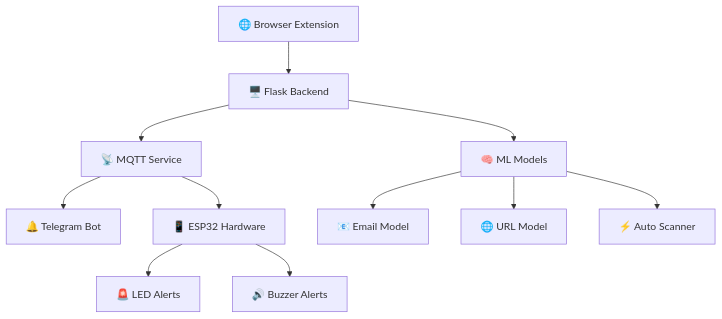
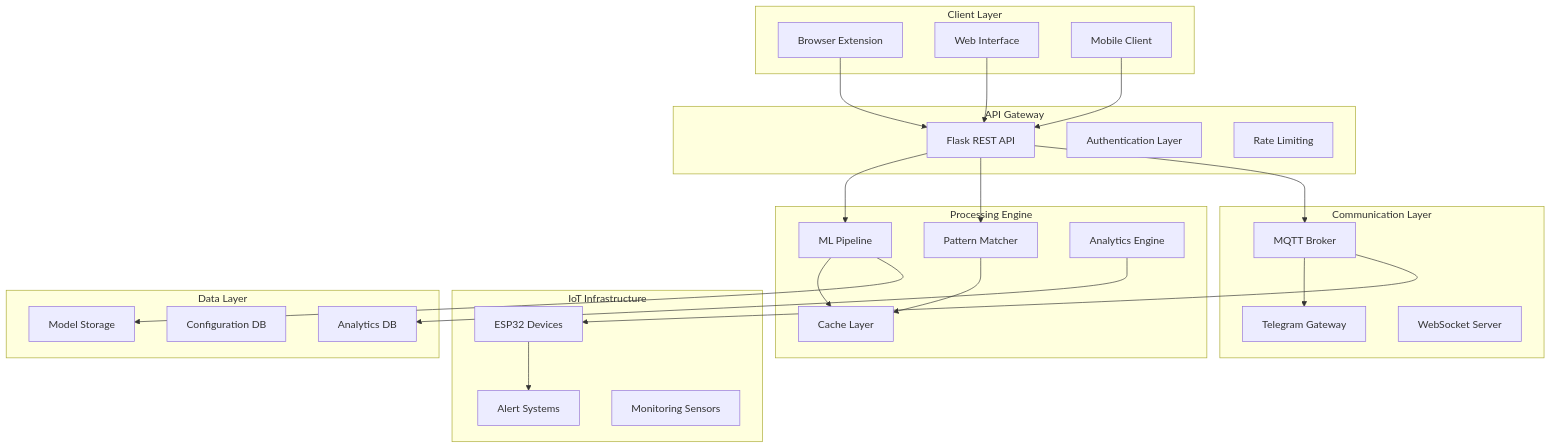
Before and after one commit to abijithraja/SheildBox: the first of 2 diagrams in README.md, drawn with Mermaid. The commit also changed other lines of this file, not shown here.

````diff
--- a/README.md
+++ b/README.md
@@ -65,14 +51,53 @@
 ```mermaid
-graph TD
-    A[🌐 Browser Extension] --> B[🖥️ Flask Backend]
-    B --> C[🧠 ML Models]
-    B --> D[📡 MQTT Service]
-    D --> E[🔔 Telegram Bot]
-    D --> F[📱 ESP32 Hardware]
-    F --> G[🚨 LED Alerts]
-    F --> H[🔊 Buzzer Alerts]
+graph TB
+    subgraph "Client Layer"
+        A[Browser Extension]
+        B[Web Interface]
+        C[Mobile Client]
+    end
     
-    C --> I[📧 Email Model]
-    C --> J[🌐 URL Model]
-    C --> K[⚡ Auto Scanner]
+    subgraph "API Gateway"
+        D[Flask REST API]
+        E[Authentication Layer]
+        F[Rate Limiting]
+    end
+    
+    subgraph "Processing Engine"
+        G[ML Pipeline]
+        H[Pattern Matcher]
+        I[Cache Layer]
+        J[Analytics Engine]
+    end
+    
+    subgraph "Communication Layer"
+        K[MQTT Broker]
+        L[Telegram Gateway]
+        M[WebSocket Server]
+    end
+    
+    subgraph "IoT Infrastructure"
+        N[ESP32 Devices]
+        O[Alert Systems]
+        P[Monitoring Sensors]
+    end
+    
+    subgraph "Data Layer"
+        Q[Model Storage]
+        R[Configuration DB]
+        S[Analytics DB]
+    end
+    
+    A --> D
+    B --> D
+    C --> D
+    D --> G
+    D --> H
+    G --> I
+    H --> I
+    D --> K
+    K --> L
+    K --> N
+    N --> O
+    G --> Q
+    J --> S
 ```
````
